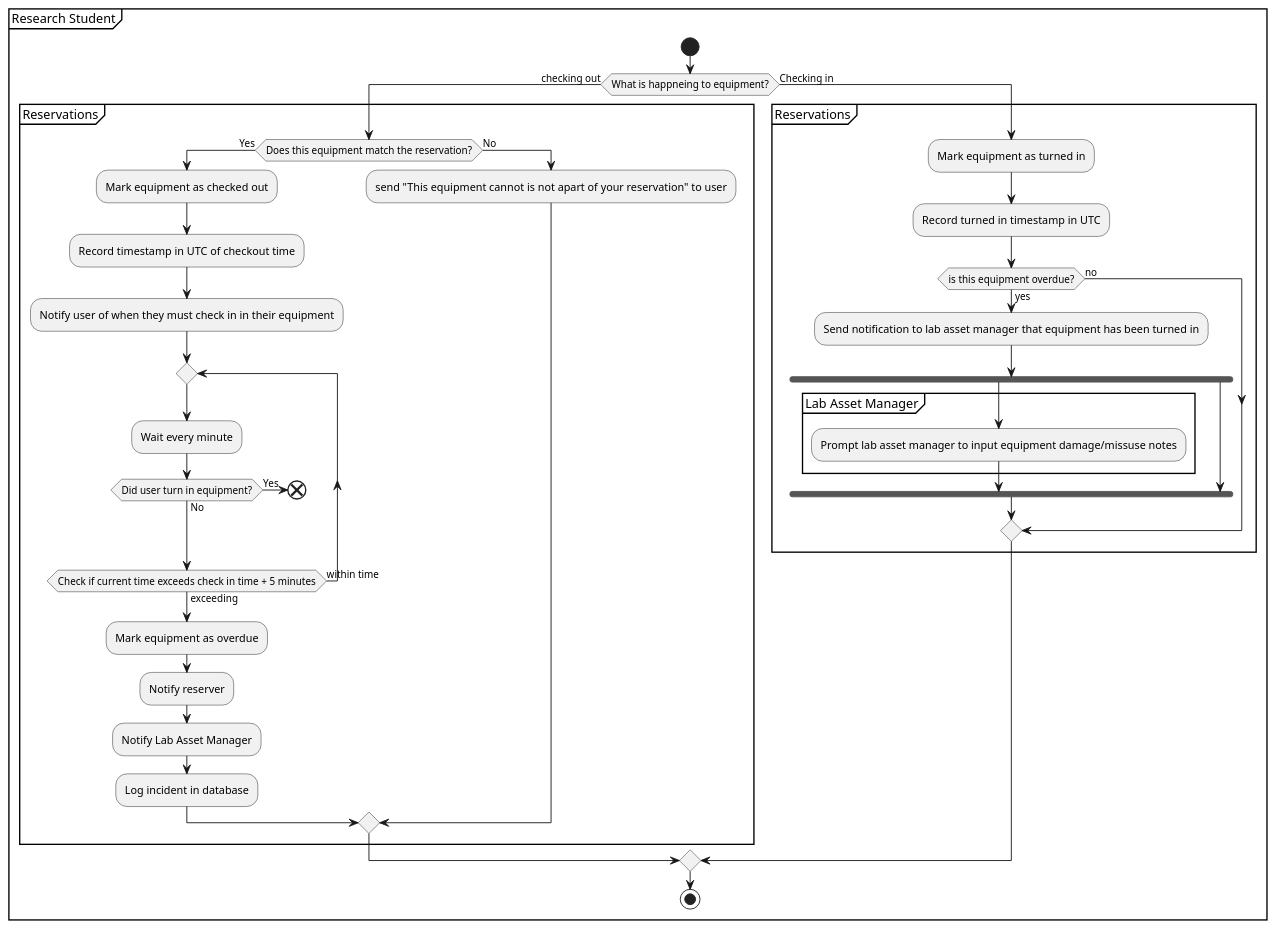
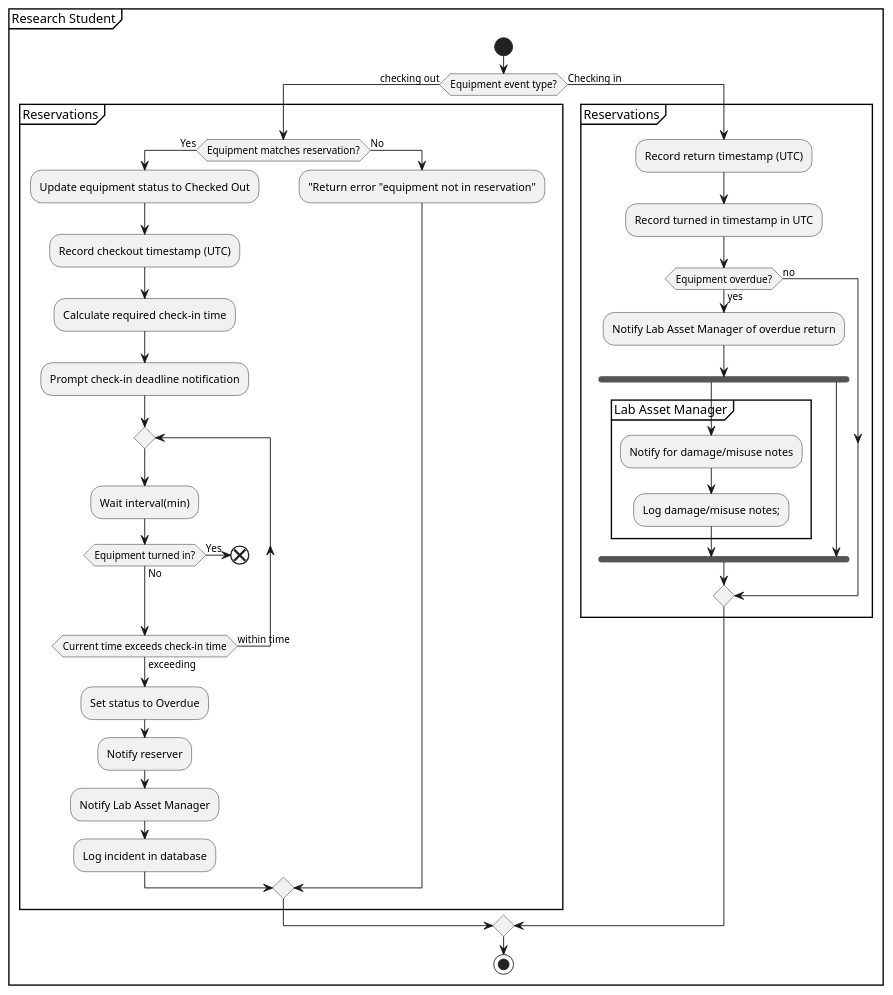
One commit to Farzaanw/Lab-Asset-Management-System changed the diagram in design/activity_diagrams/AD-18 Check in and check out overdue equipment.puml. Above: the diagram before and after it, drawn with PlantUML. The commit also changed other lines of this file, not shown here.

Commit message:
fixed code for diagram

```diff
--- a/design/activity_diagrams/AD-18 Check in and check out overdue equipment.puml
+++ b/design/activity_diagrams/AD-18 Check in and check out overdue equipment.puml
@@ -1,43 +1,45 @@
 @startuml
 partition Research Student{
     start
-    if (What is happneing to equipment?) then (checking out)
+    if (Equipment event type?) then (checking out)
         partition Reservations{
-        if (Does this equipment match the reservation?) then (Yes)
-            :Mark equipment as checked out;
-            :Record timestamp in UTC of checkout time;
-            :Notify user of when they must check in in their equipment;
+        if (Equipment matches reservation?) then (Yes)
+            :Update equipment status to Checked Out;
+            :Record checkout timestamp (UTC);
+            :Calculate required check-in time;
+            :Prompt check-in deadline notification;
             repeat
-                :Wait every minute;
-                if (Did user turn in equipment?) then (Yes);
+                :Wait interval(min);
+                if (Equipment turned in?) then (Yes);
                     end
                 else (No)
                 endif
-            repeat while (Check if current time exceeds check in time + 5 minutes) is (within time) not (exceeding)
-            :Mark equipment as overdue;
+            repeat while (Current time exceeds check-in time) is (within time) not (exceeding)
+            :Set status to Overdue;
             :Notify reserver;
             :Notify Lab Asset Manager;
             :Log incident in database;
         else (No)
-            :send "This equipment cannot is not apart of your reservation" to user;
+            :"Return error "equipment not in reservation";
         endif
         }
     else (Checking in)
         partition Reservations{
-            :Mark equipment as turned in;
+            :Record return timestamp (UTC);
             :Record turned in timestamp in UTC;
-            if (is this equipment overdue?) then (yes)
-                :Send notification to lab asset manager that equipment has been turned in;
+            if (Equipment overdue?) then (yes)
+                :Notify Lab Asset Manager of overdue return;
                 fork
                     partition Lab Asset Manager {
-                        :Prompt lab asset manager to input equipment damage/missuse notes;
+                        :Notify for damage/misuse notes;
+                        :Log damage/misuse notes;;
                     }
                 fork again
                 end fork
             else (no)
             endif
         }
     endif
     stop
 }
 @enduml
```
